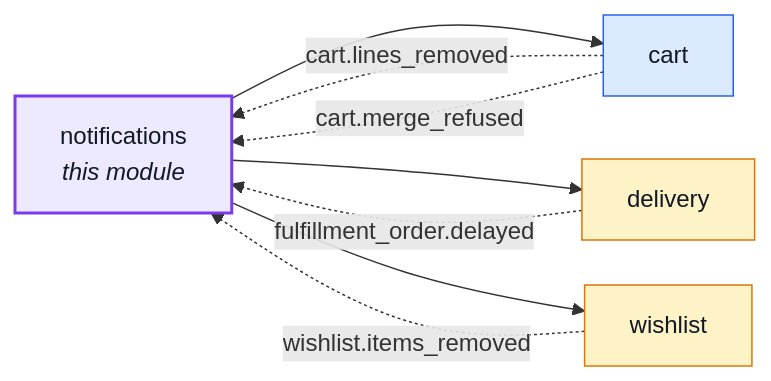
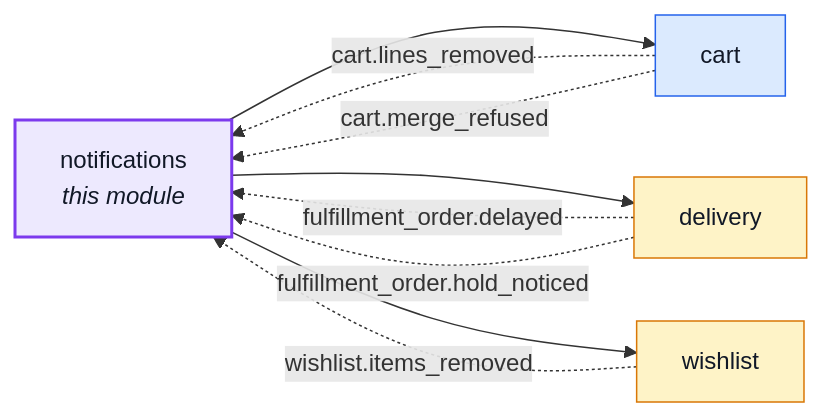
The first of 2 diagrams in docs/modules/notifications.md (Guebbit/boilerplate-node-backend), drawn with Mermaid before and after one commit. The commit also changed other lines of this file and 32 other files, not shown here.

First line of the commit message:
feat(delivery): a hold reads to the buyer as a notice, and is mailed when they can act

````diff
--- a/docs/modules/notifications.md
+++ b/docs/modules/notifications.md
@@ -16,24 +16,25 @@
 ```mermaid
 %%{init: {'flowchart': {'nodeSpacing': 30, 'rankSpacing': 60}}}%%
 flowchart LR
     notifications["notifications<br/><i>this module</i>"]
     cart["cart"]
     delivery["delivery"]
     wishlist["wishlist"]
 
     notifications --> cart
     notifications --> delivery
     notifications --> wishlist
     cart -. "cart.lines_removed" .-> notifications
     cart -. "cart.merge_refused" .-> notifications
     delivery -. "fulfillment_order.delayed" .-> notifications
+    delivery -. "fulfillment_order.hold_noticed" .-> notifications
     wishlist -. "wishlist.items_removed" .-> notifications
 
     classDef core fill:#dbeafe,stroke:#2563eb,color:#111827;
     classDef supporting fill:#fef3c7,stroke:#d97706,color:#111827;
     classDef generic fill:#dcfce7,stroke:#16a34a,color:#111827;
     classDef centre fill:#ede9fe,stroke:#7c3aed,stroke-width:2px,color:#111827;
     class cart core;
     class delivery,wishlist supporting;
     class notifications centre;
 ```
````
